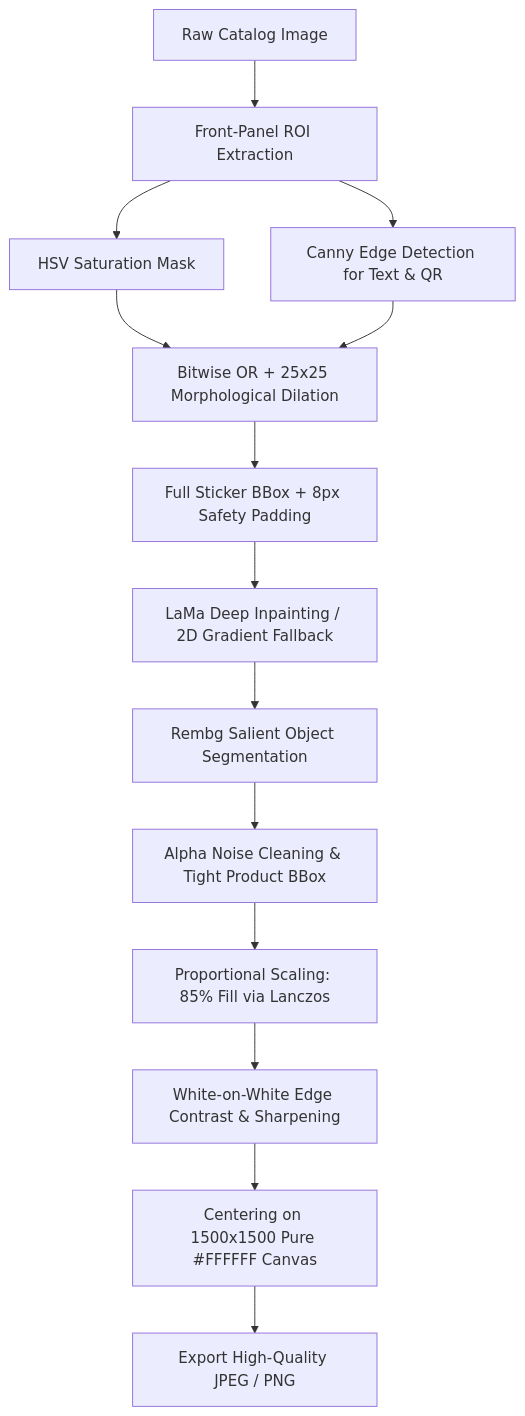
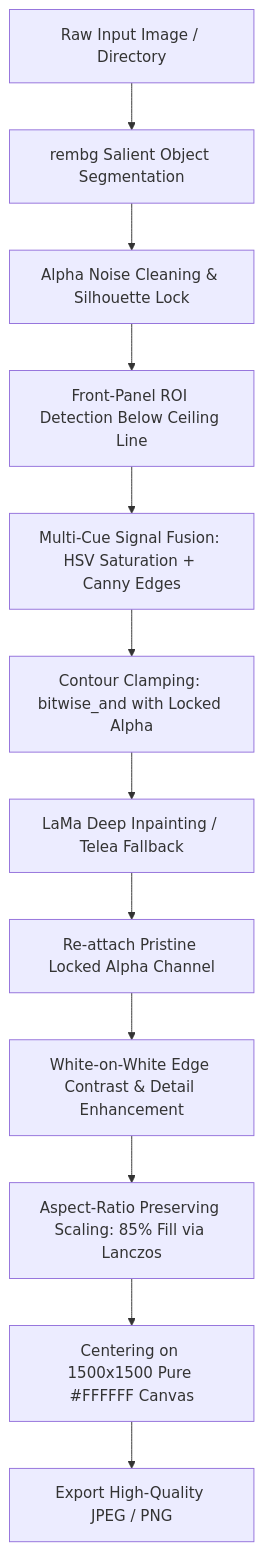
The diagram in README.md (alierentugrul/product-image-standardization), drawn with Mermaid before and after one commit. The commit also changed other lines of this file and 5 other files, not shown here.

Commit message:
fix: implement segment-first silhouette lock and contour clamping (TASK_FIX)

````diff
--- a/README.md
+++ b/README.md
@@ -28,15 +28,14 @@
 ```mermaid
 flowchart TD
-    A[Raw Catalog Image] --> B[Front-Panel ROI Extraction]
-    B --> C1[HSV Saturation Mask]
-    B --> C2[Canny Edge Detection for Text & QR]
-    C1 & C2 --> D[Bitwise OR + 25x25 Morphological Dilation]
-    D --> E[Full Sticker BBox + 8px Safety Padding]
-    E --> F[LaMa Deep Inpainting / 2D Gradient Fallback]
-    F --> G[Rembg Salient Object Segmentation]
-    G --> H[Alpha Noise Cleaning & Tight Product BBox]
-    H --> I[Proportional Scaling: 85% Fill via Lanczos]
-    I --> J[White-on-White Edge Contrast & Sharpening]
+    A[Raw Input Image / Directory] --> B[rembg Salient Object Segmentation]
+    B --> C[Alpha Noise Cleaning & Silhouette Lock]
+    C --> D[Front-Panel ROI Detection Below Ceiling Line]
+    D --> E[Multi-Cue Signal Fusion: HSV Saturation + Canny Edges]
+    E --> F[Contour Clamping: bitwise_and with Locked Alpha]
+    F --> G[LaMa Deep Inpainting / Telea Fallback]
+    G --> H[Re-attach Pristine Locked Alpha Channel]
+    H --> I[White-on-White Edge Contrast & Detail Enhancement]
+    I --> J[Aspect-Ratio Preserving Scaling: 85% Fill via Lanczos]
     J --> K[Centering on 1500x1500 Pure #FFFFFF Canvas]
     K --> L[Export High-Quality JPEG / PNG]
 ```
````
